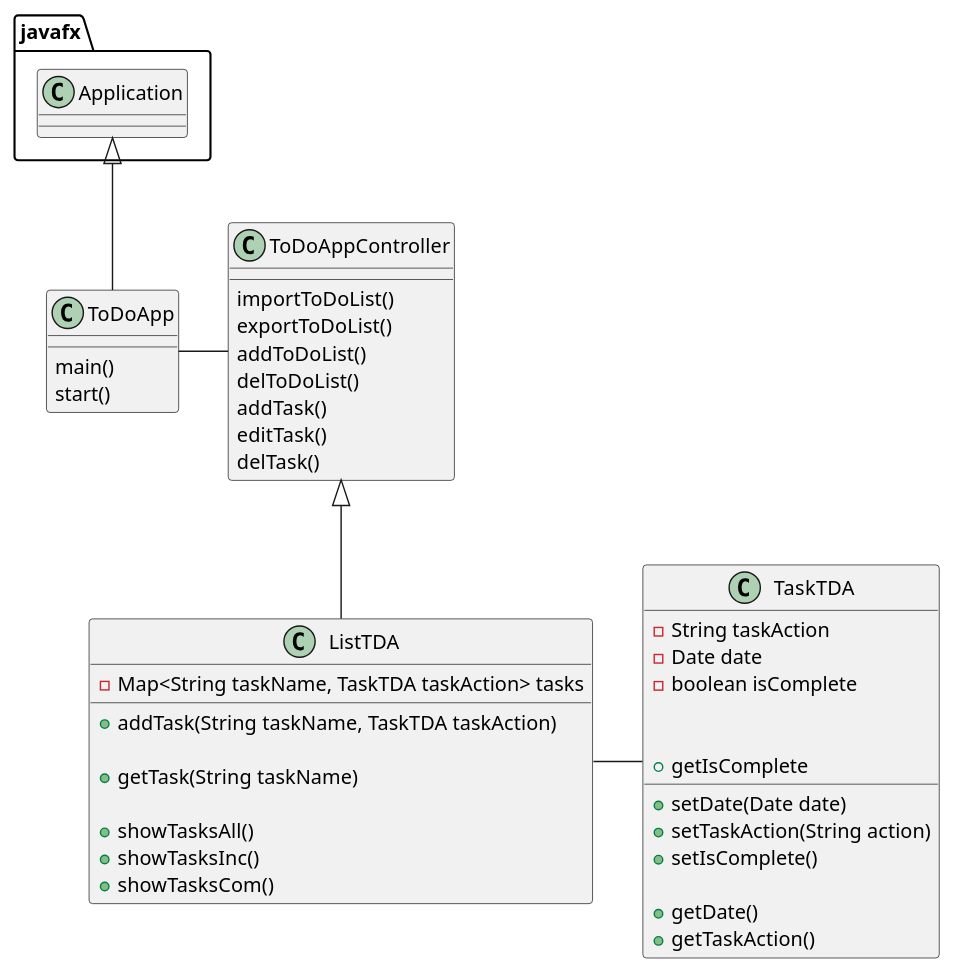
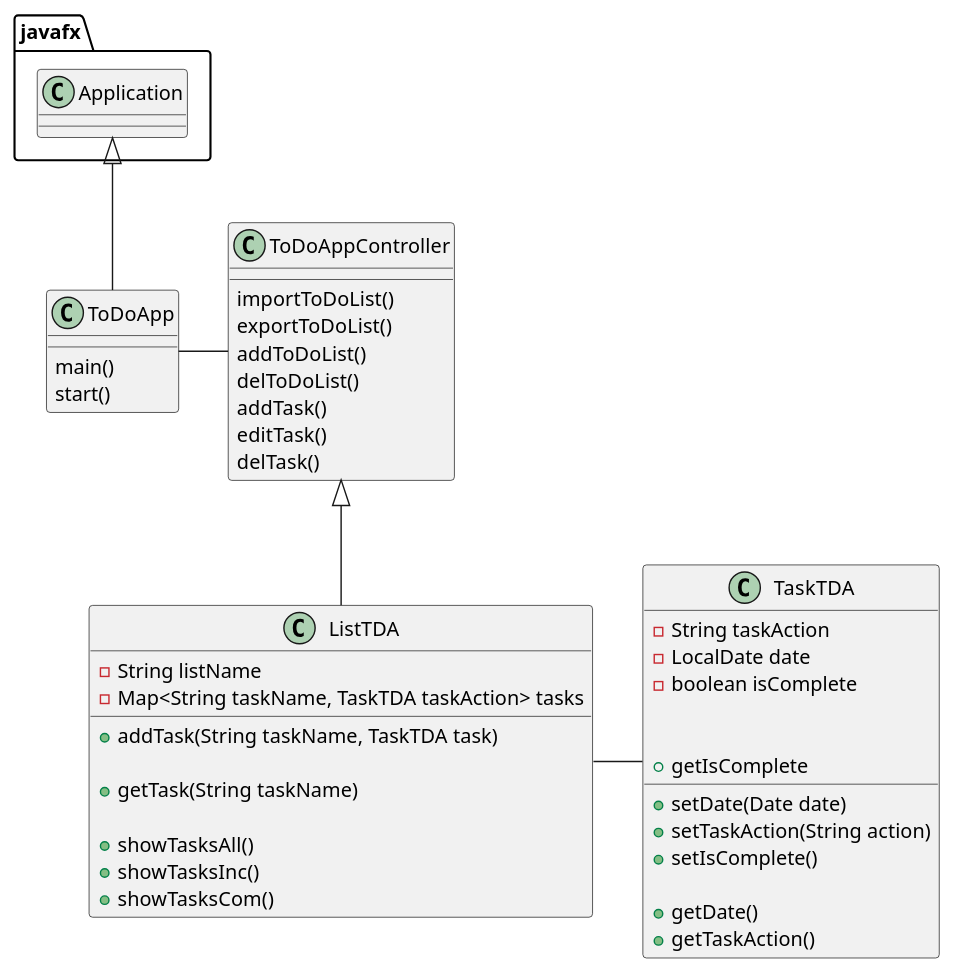
The diagram in uml/ToDoApp.puml (Sonxaj/turner-cop3330-assignment4part2), drawn with PlantUML before and after one commit. The commit also changed 5 other files, not shown here.

```diff
--- a/uml/ToDoApp.puml
+++ b/uml/ToDoApp.puml
@@ -1,52 +1,53 @@
 @startuml
 
 class ToDoApp{
     main()
     start()
 }
 
 class ToDoAppController{
     importToDoList()
     exportToDoList()
     addToDoList()
     delToDoList()
     addTask()
     editTask()
     delTask()
 }
 
 class ListTDA{
+    -String listName
     -Map<String taskName, TaskTDA taskAction> tasks
 
-    +addTask(String taskName, TaskTDA taskAction)
+    +addTask(String taskName, TaskTDA task)
 
     +getTask(String taskName)
 
     +showTasksAll()
     +showTasksInc()
     +showTasksCom()
 }
 
 class TaskTDA{
     -String taskAction
-    -Date date
+    -LocalDate date
     -boolean isComplete
 
     +setDate(Date date)
     +setTaskAction(String action)
     +setIsComplete()
 
     +getDate()
     +getTaskAction()
     +getIsComplete
 }
 
 javafx.Application <|-- ToDoApp
 
 ToDoApp - ToDoAppController
 
 ToDoAppController <|-- ListTDA
 
 ListTDA - TaskTDA
 
 @enduml
```
